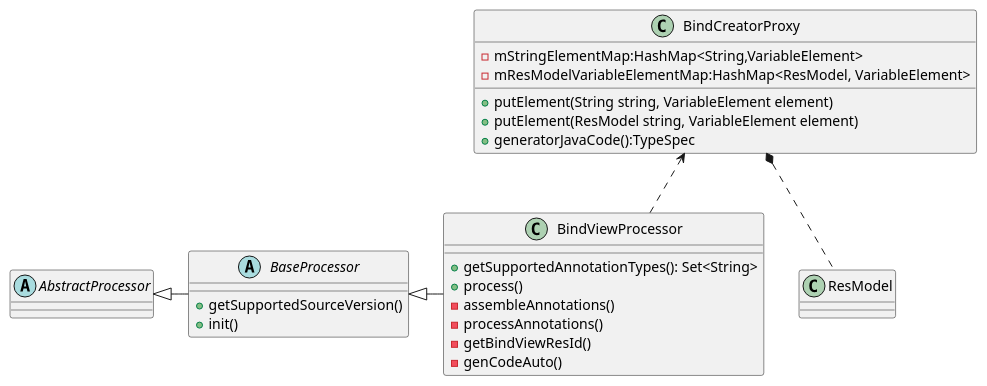
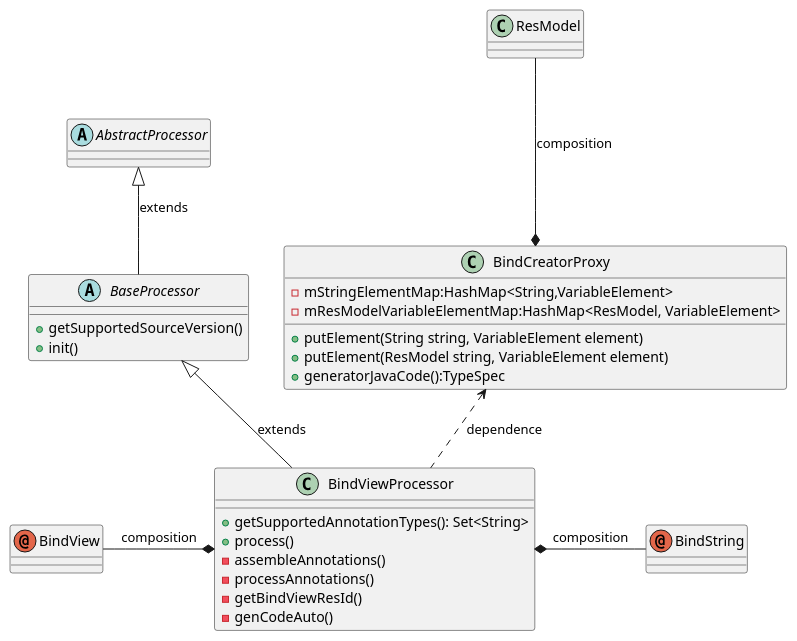
Before and after one commit to REBOOTERS/APT-Lite: the diagram in uml/BindView-Proxy.puml, drawn with PlantUML. The commit also changed 1 other file, not shown here.

Commit message:
update uml

```diff
--- a/uml/BindView-Proxy.puml
+++ b/uml/BindView-Proxy.puml
@@ -1,38 +1,43 @@
 @startuml
 
 class ResModel {
 
 }
 
 class BindCreatorProxy {
     - mStringElementMap:HashMap<String,VariableElement>
     - mResModelVariableElementMap:HashMap<ResModel, VariableElement>
 
     + putElement(String string, VariableElement element)
     + putElement(ResModel string, VariableElement element)
     + generatorJavaCode():TypeSpec
 }
 
 abstract class AbstractProcessor
 abstract class BaseProcessor {
     + getSupportedSourceVersion()
     + init()
 }
 class BindViewProcessor {
     + getSupportedAnnotationTypes(): Set<String>
     + process()
     - assembleAnnotations()
     - processAnnotations()
     - getBindViewResId()
     - genCodeAuto()
 }
 
-AbstractProcessor <|- BaseProcessor
-BaseProcessor <|- BindViewProcessor
 
-BindCreatorProxy <.. BindViewProcessor
-BindCreatorProxy *.. ResModel
+BindViewProcessor -up-|> BaseProcessor : extends
+BaseProcessor -up-|> AbstractProcessor : extends
 
+BindCreatorProxy <.. BindViewProcessor : dependence
+BindCreatorProxy *--up- ResModel : composition
 
+BindViewProcessor *--left- BindView : composition
+BindViewProcessor *--right- BindString : composition
+
+annotation BindView
+annotation BindString
 
 @enduml
```
